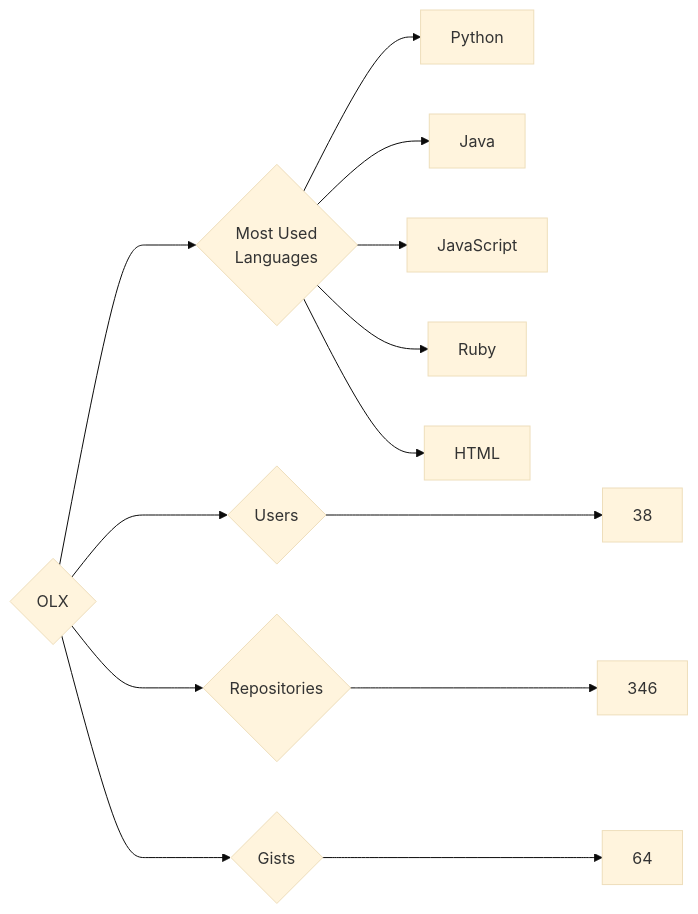
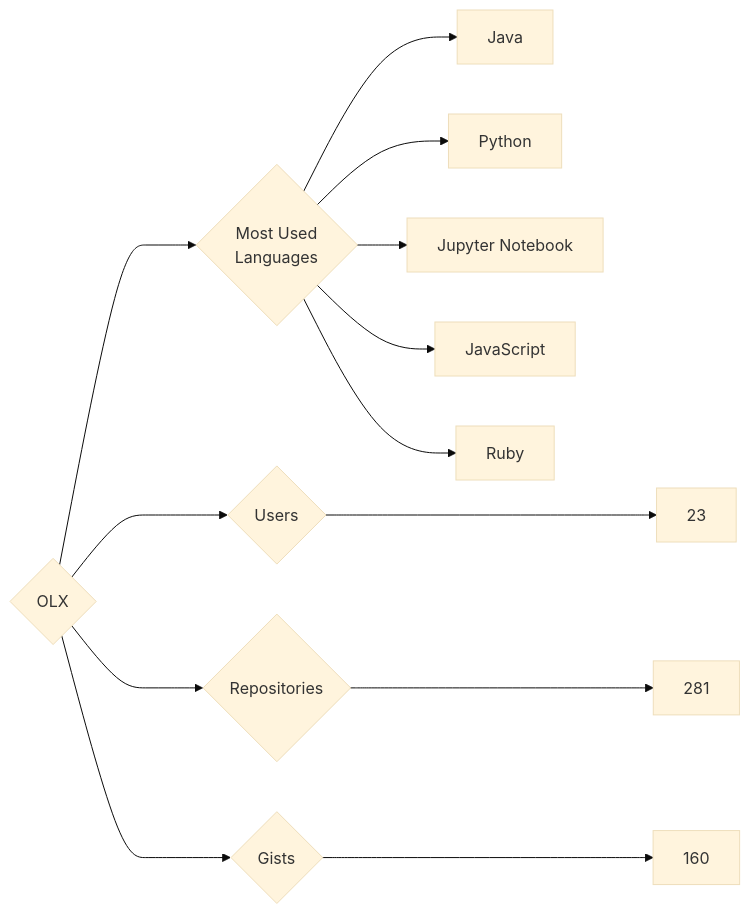
Before and after one commit to trickest/insiders: the diagram in targets/OLX/README.md, drawn with Mermaid (base theme). The commit also changed 973 other files, not shown here.

````diff
--- a/targets/OLX/README.md
+++ b/targets/OLX/README.md
@@ -3,13 +3,13 @@
 ```mermaid
 graph LR
 COMPANY_NAME{OLX}
-COMPANY_NAME ---> U{Users} ---> UN[38]
-COMPANY_NAME ---> R{Repositories} ---> RN[346]
-COMPANY_NAME ---> G{Gists} ---> GN[64]
+COMPANY_NAME ---> U{Users} ---> UN[23]
+COMPANY_NAME ---> R{Repositories} ---> RN[281]
+COMPANY_NAME ---> G{Gists} ---> GN[160]
 COMPANY_NAME ---> ML{Most Used<br>Languages}
+ML --> Java[Java]
 ML --> Python[Python]
-ML --> Java[Java]
+ML --> Jupyter_Notebook[Jupyter Notebook]
 ML --> JavaScript[JavaScript]
 ML --> Ruby[Ruby]
-ML --> HTML[HTML]
 ```
````
